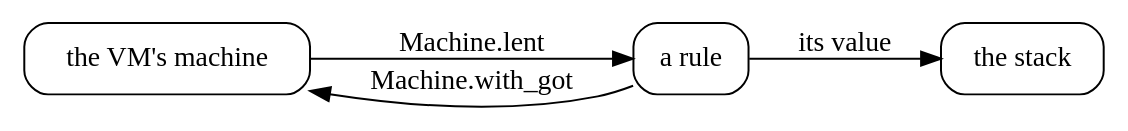
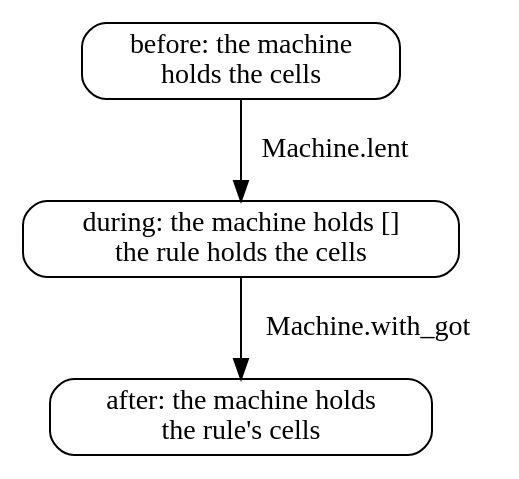
The fourth of 6 diagrams in js-book/book.md (showell/roc-js-interpreter), drawn with Graphviz before and after one commit. The commit also changed other lines of this file, not shown here.

First line of the commit message:
docs(js-book): say the values chapter is the interpreter's, and explain lending from Roc's copy rule up

````diff
--- a/js-book/book.md
+++ b/js-book/book.md
@@ -321,12 +329,10 @@
 ```dot
 digraph {
-  rankdir=LR;
   node [shape=box, style=rounded];
-  vm [label="the VM's machine"];
-  rule [label="a rule"];
-  stack [label="the stack"];
-  vm -> rule [label="Machine.lent"];
-  rule -> vm [label="Machine.with_got"];
-  rule -> stack [label="its value"];
+  before [label="before: the machine\nholds the cells"];
+  during [label="during: the machine holds []\nthe rule holds the cells"];
+  after [label="after: the machine holds\nthe rule's cells"];
+  before -> during [label="Machine.lent"];
+  during -> after [label="Machine.with_got"];
 }
 ```
````
